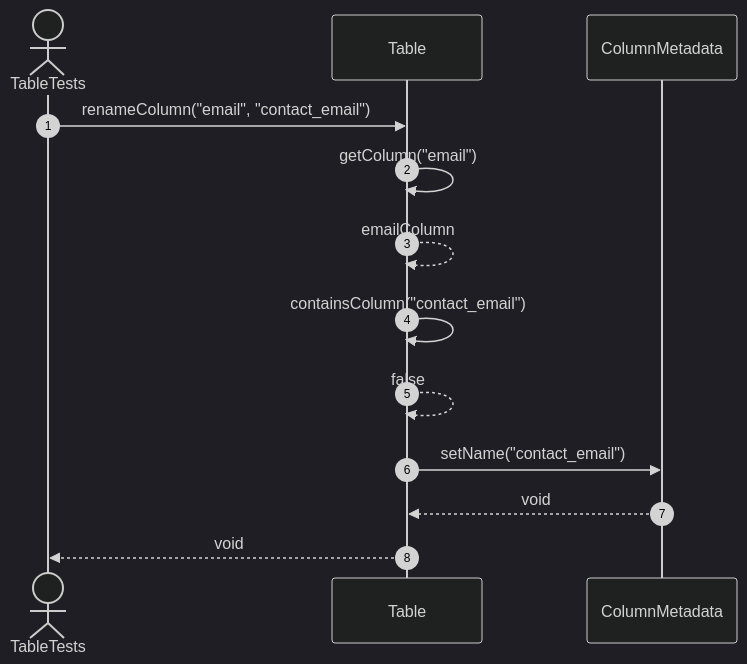
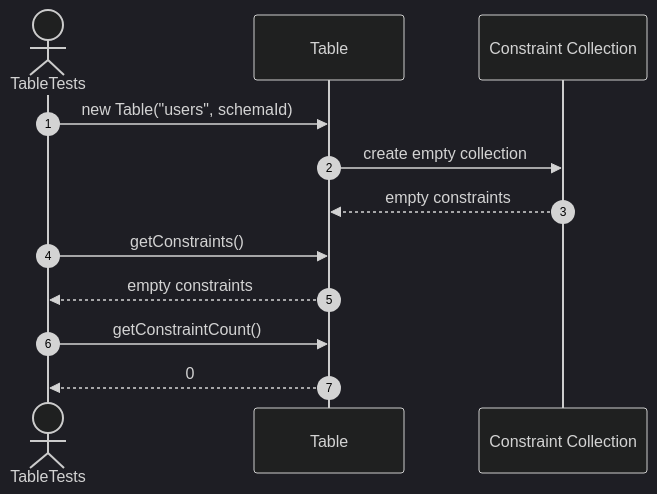
Before and after one commit to FhuAnn/-bbv-AN-s-DBMS: the seventh of 53 diagrams in src/tests/unit/metadata/sequences/tables-testing.se.md, drawn with Mermaid (dark theme). The commit also changed other lines of this file and 7 other files, not shown here.

Commit message:
table and row run test successfully

````diff
--- a/src/tests/unit/metadata/sequences/tables-testing.se.md
+++ b/src/tests/unit/metadata/sequences/tables-testing.se.md
@@ -120,16 +117,15 @@
 ```mermaid
 sequenceDiagram
     autonumber
     actor Test as TableTests
     participant Table as Table
-    participant Column as ColumnMetadata
+    participant Constraints as Constraint Collection
 
-    Test->>Table: renameColumn("email", "contact_email")
-    Table->>Table: getColumn("email")
-    Table-->>Table: emailColumn
-    Table->>Table: containsColumn("contact_email")
-    Table-->>Table: false
-    Table->>Column: setName("contact_email")
-    Column-->>Table: void
-    Table-->>Test: void
+    Test->>Table: new Table("users", schemaId)
+    Table->>Constraints: create empty collection
+    Constraints-->>Table: empty constraints
+    Test->>Table: getConstraints()
+    Table-->>Test: empty constraints
+    Test->>Table: getConstraintCount()
+    Table-->>Test: 0
 ```
````
